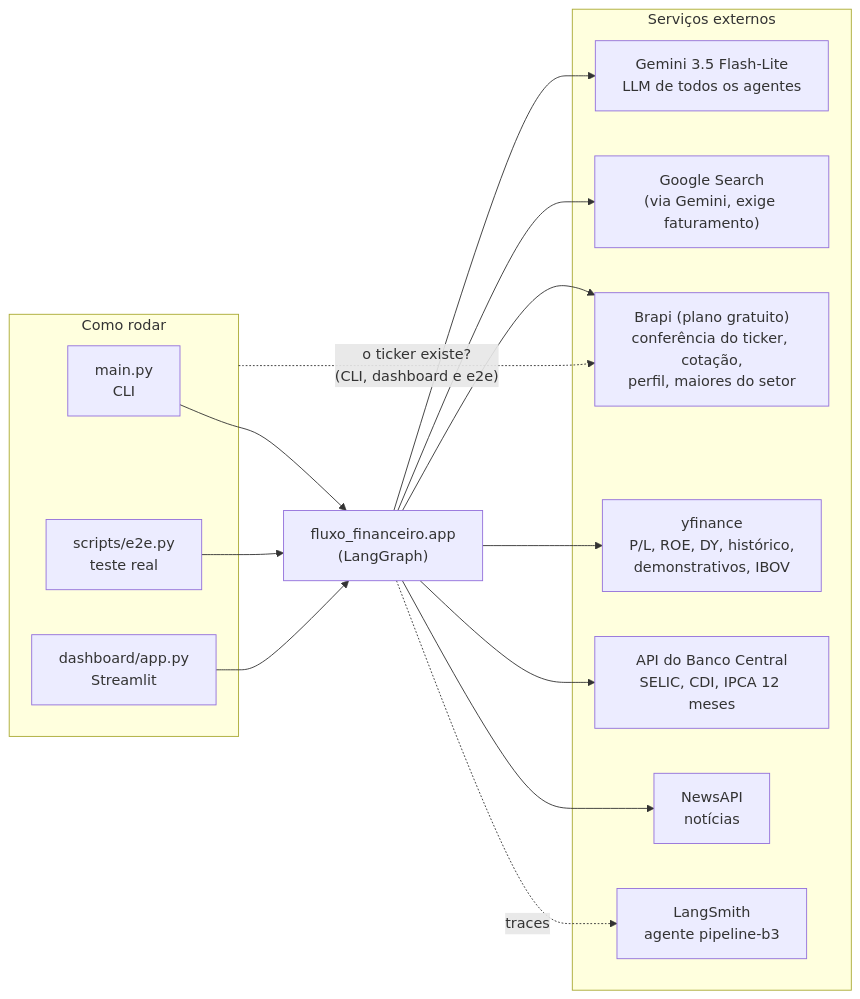
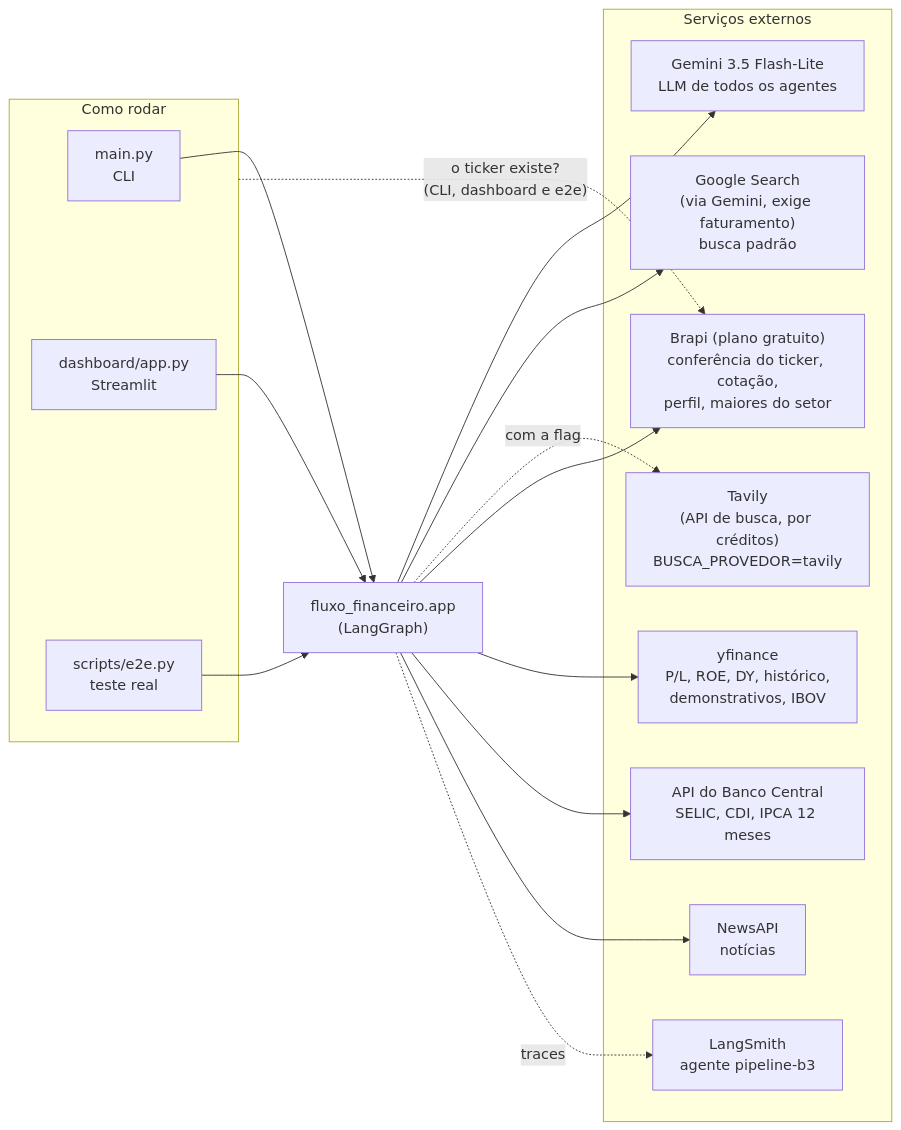
One commit to igorc22/pipeline-inteligencia-financeira-b3 changed the sixth of 8 diagrams in docs/arquitetura.md. Above: the diagram before and after it, drawn with Mermaid. The commit also changed other lines of this file and 2 other files, not shown here.

Commit message:
docs: busca com google ou tavily no diário, na arquitetura e no readme

````diff
--- a/docs/arquitetura.md
+++ b/docs/arquitetura.md
@@ -252,33 +252,35 @@
 ```mermaid
 flowchart LR
     subgraph entrada["Como rodar"]
         CLI["main.py<br/>CLI"]
         DASH["dashboard/app.py<br/>Streamlit"]
         E2E["scripts/e2e.py<br/>teste real"]
     end
 
     APP["fluxo_financeiro.app<br/>(LangGraph)"]
 
     subgraph externos["Serviços externos"]
         GEM["Gemini 3.5 Flash-Lite<br/>LLM de todos os agentes"]
-        GS["Google Search<br/>(via Gemini, exige faturamento)"]
+        GS["Google Search<br/>(via Gemini, exige faturamento)<br/>busca padrão"]
+        TAV["Tavily<br/>(API de busca, por créditos)<br/>BUSCA_PROVEDOR=tavily"]
         BRAPI["Brapi (plano gratuito)<br/>conferência do ticker, cotação,<br/>perfil, maiores do setor"]
         YF["yfinance<br/>P/L, ROE, DY, histórico,<br/>demonstrativos, IBOV"]
         BCB["API do Banco Central<br/>SELIC, CDI, IPCA 12 meses"]
         NAPI["NewsAPI<br/>notícias"]
         LS["LangSmith<br/>agente pipeline-b3"]
     end
 
     CLI --> APP
     E2E --> APP
     DASH --> APP
     entrada -.->|"o ticker existe?<br/>(CLI, dashboard e e2e)"| BRAPI
 
     APP --> GEM
     APP --> GS
+    APP -.->|"com a flag"| TAV
     APP --> BRAPI
     APP --> YF
     APP --> BCB
     APP --> NAPI
     APP -.->|"traces"| LS
 ```
````
